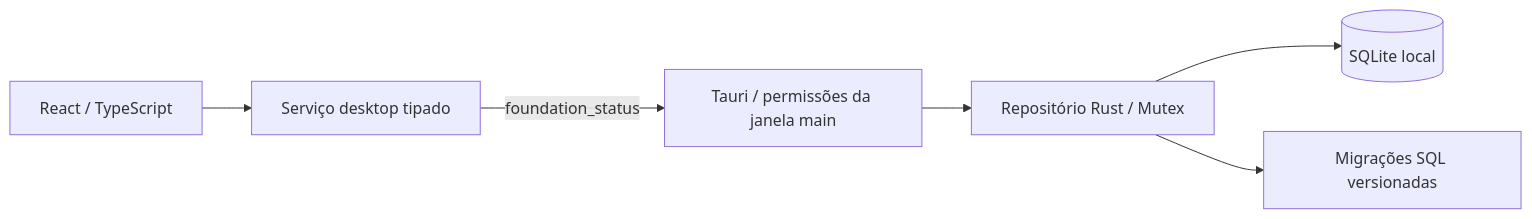
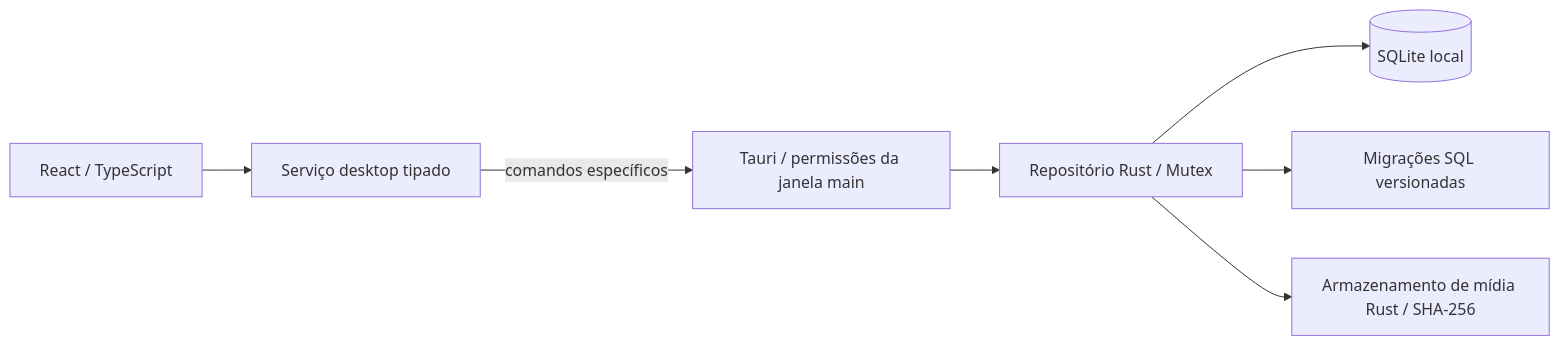
The diagram in docs/ARQUITETURA.md (patrickbotarick/Social-Planner), drawn with Mermaid before and after one commit. The commit also changed other lines of this file and 54 other files, not shown here.

````diff
--- a/docs/ARQUITETURA.md
+++ b/docs/ARQUITETURA.md
@@ -7,8 +7,9 @@
 ```mermaid
 flowchart LR
   UI[React / TypeScript] --> Service[Serviço desktop tipado]
-  Service -->|foundation_status| IPC[Tauri / permissões da janela main]
+  Service -->|comandos específicos| IPC[Tauri / permissões da janela main]
   IPC --> Repo[Repositório Rust / Mutex]
   Repo --> DB[(SQLite local)]
   Repo --> Migration[Migrações SQL versionadas]
+  Repo --> Media[Armazenamento de mídia Rust / SHA-256]
 ```
````
